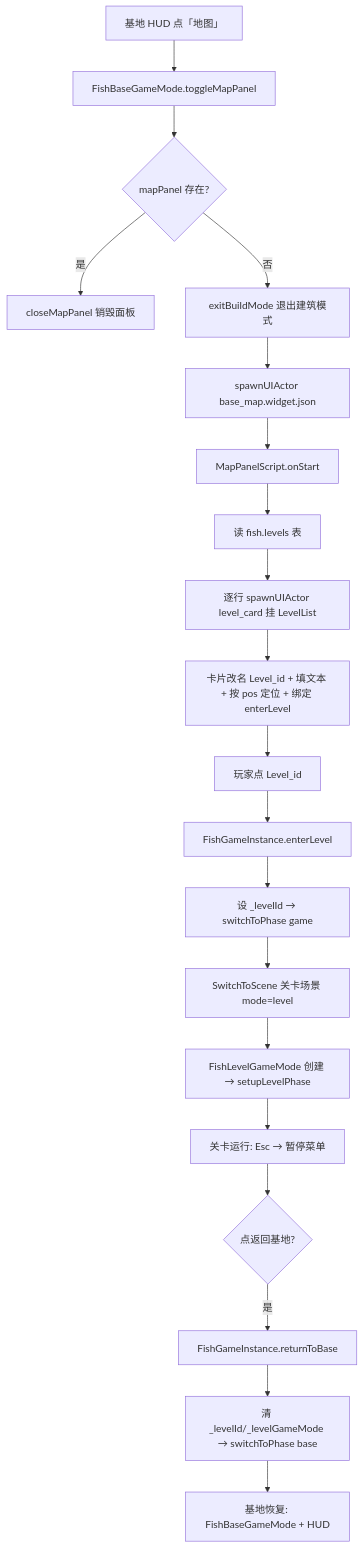
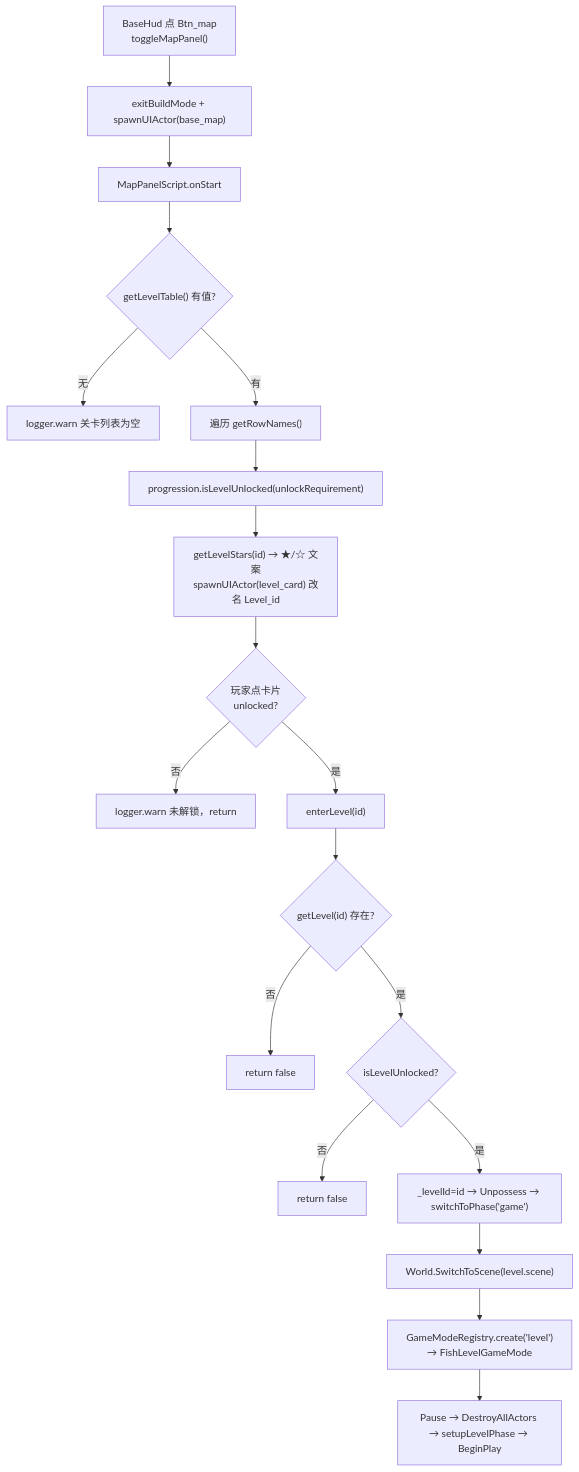
The diagram in doc/projects/level_system.md (Kaplc/DemoStudio), drawn with Mermaid before and after one commit. The commit also changed other lines of this file and 38 other files, not shown here.

````diff
--- a/doc/projects/level_system.md
+++ b/doc/projects/level_system.md
@@ -103,22 +53,21 @@
 ```mermaid
 flowchart TD
-  A[基地 HUD 点「地图」] --> B[FishBaseGameMode.toggleMapPanel]
-  B --> C{mapPanel 存在?}
-  C -->|是| D[closeMapPanel 销毁面板]
-  C -->|否| E[exitBuildMode 退出建筑模式]
-  E --> F[spawnUIActor base_map.widget.json]
-  F --> G[MapPanelScript.onStart]
-  G --> H[读 fish.levels 表]
-  H --> I[逐行 spawnUIActor level_card 挂 LevelList]
-  I --> J[卡片改名 Level_id + 填文本 + 按 pos 定位 + 绑定 enterLevel]
-  J --> K[玩家点 Level_id]
-  K --> L[FishGameInstance.enterLevel]
-  L --> M[设 _levelId → switchToPhase game]
-  M --> N[SwitchToScene 关卡场景 mode=level]
-  N --> O[FishLevelGameMode 创建 → setupLevelPhase]
-  O --> P[关卡运行: Esc → 暂停菜单]
-  P --> Q{点返回基地?}
-  Q -->|是| R[FishGameInstance.returnToBase]
-  R --> S[清 _levelId/_levelGameMode → switchToPhase base]
-  S --> T[基地恢复: FishBaseGameMode + HUD]
+  A["BaseHud 点 Btn_map<br/>toggleMapPanel()"] --> B["exitBuildMode + spawnUIActor(base_map)"]
+  B --> C["MapPanelScript.onStart"]
+  C --> D{"getLevelTable() 有值?"}
+  D -->|无| D1["logger.warn 关卡列表为空"]
+  D -->|有| E["遍历 getRowNames()"]
+  E --> F["progression.isLevelUnlocked(unlockRequirement)"]
+  F --> G["getLevelStars(id) → ★/☆ 文案<br/>spawnUIActor(level_card) 改名 Level_id"]
+  G --> H{"玩家点卡片<br/>unlocked?"}
+  H -->|否| H1["logger.warn 未解锁，return"]
+  H -->|是| I["enterLevel(id)"]
+  I --> J{"getLevel(id) 存在?"}
+  J -->|否| J1["return false"]
+  J -->|是| K{"isLevelUnlocked?"}
+  K -->|否| K1["return false"]
+  K -->|是| L["_levelId=id → Unpossess → switchToPhase('game')"]
+  L --> M["World.SwitchToScene(level.scene)"]
+  M --> N["GameModeRegistry.create('level')<br/>→ FishLevelGameMode"]
+  N --> O["Pause → DestroyAllActors → setupLevelPhase → BeginPlay"]
 ```
````
